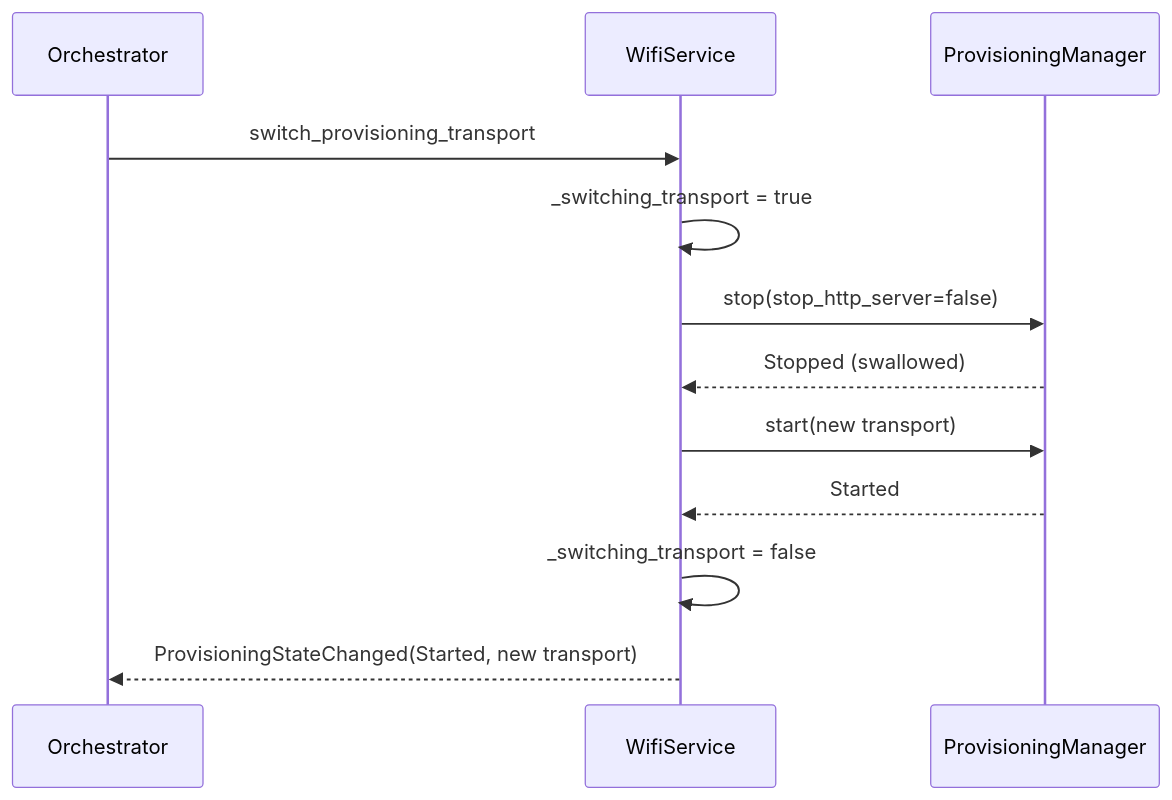
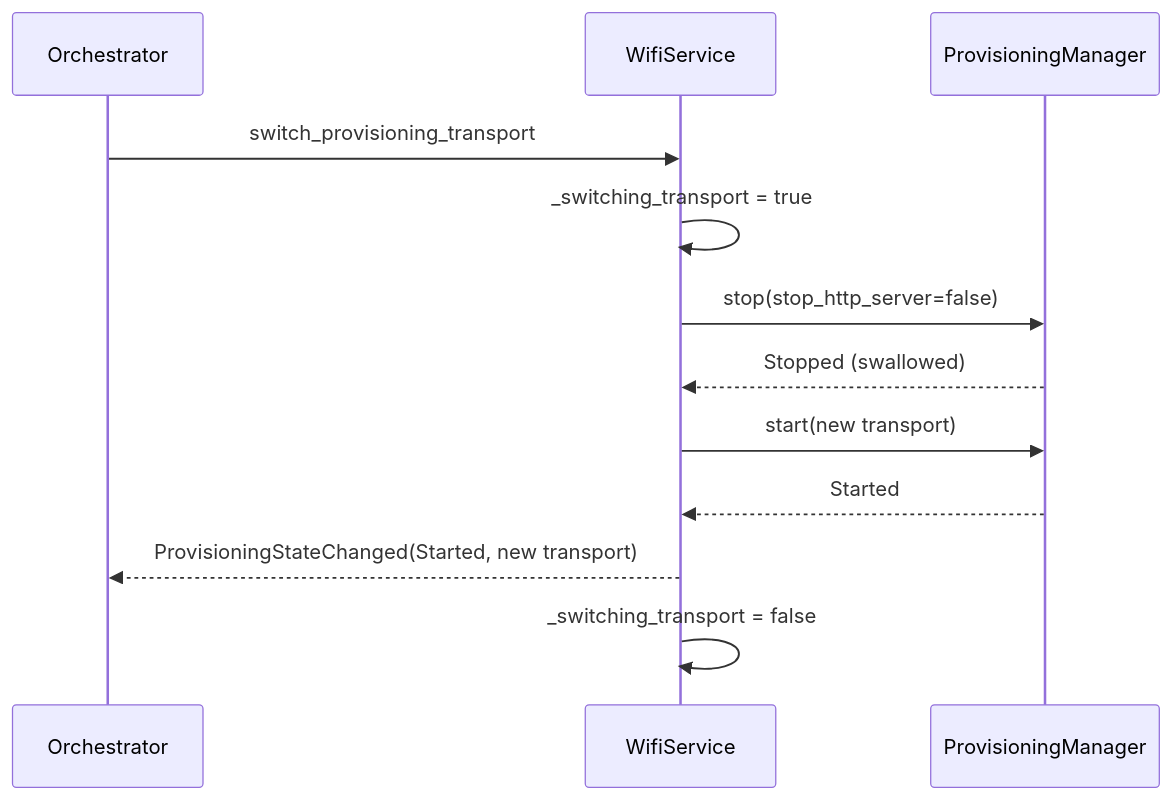
Before and after one commit to Open-Air-Foundation/firmware-core: the second of 2 diagrams in products/go/docs/wifi_service.md, drawn with Mermaid. The commit also changed other lines of this file and 2 other files, not shown here.

````diff
--- a/products/go/docs/wifi_service.md
+++ b/products/go/docs/wifi_service.md
@@ -362,15 +371,15 @@
 ```mermaid
 sequenceDiagram
     participant Orch as Orchestrator
     participant Svc as WifiService
     participant Prov as ProvisioningManager
 
     Orch->>Svc: switch_provisioning_transport
     Svc->>Svc: _switching_transport = true
     Svc->>Prov: stop(stop_http_server=false)
     Prov-->>Svc: Stopped (swallowed)
     Svc->>Prov: start(new transport)
     Prov-->>Svc: Started
+    Svc-->>Orch: ProvisioningStateChanged(Started, new transport)
     Svc->>Svc: _switching_transport = false
-    Svc-->>Orch: ProvisioningStateChanged(Started, new transport)
 ```
````
